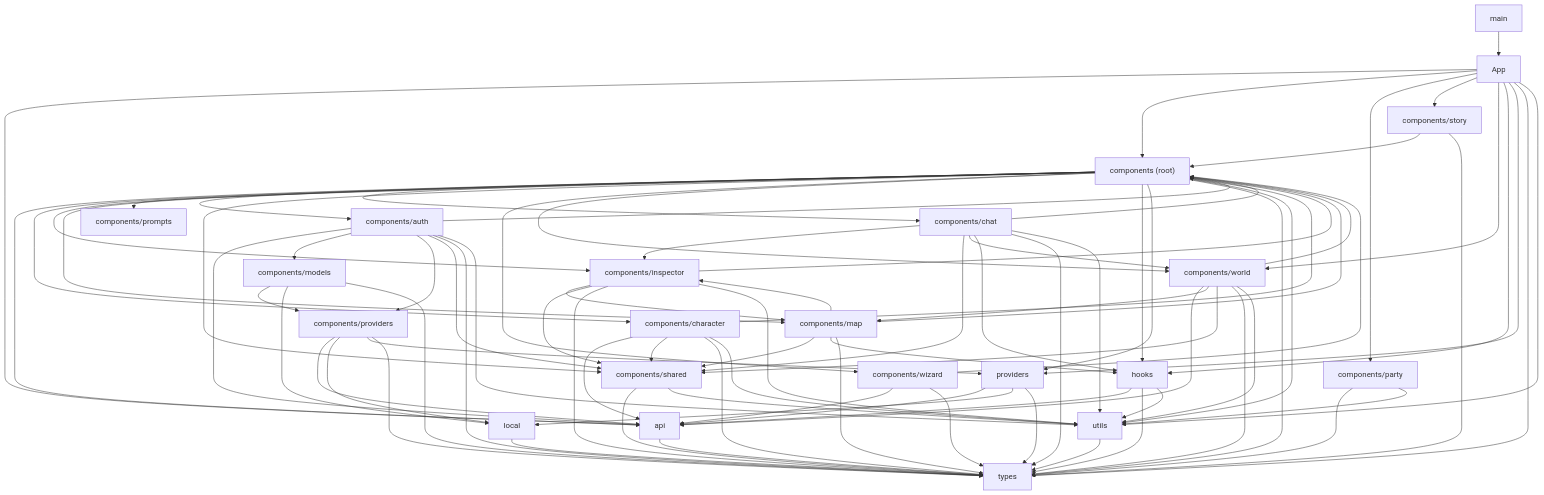
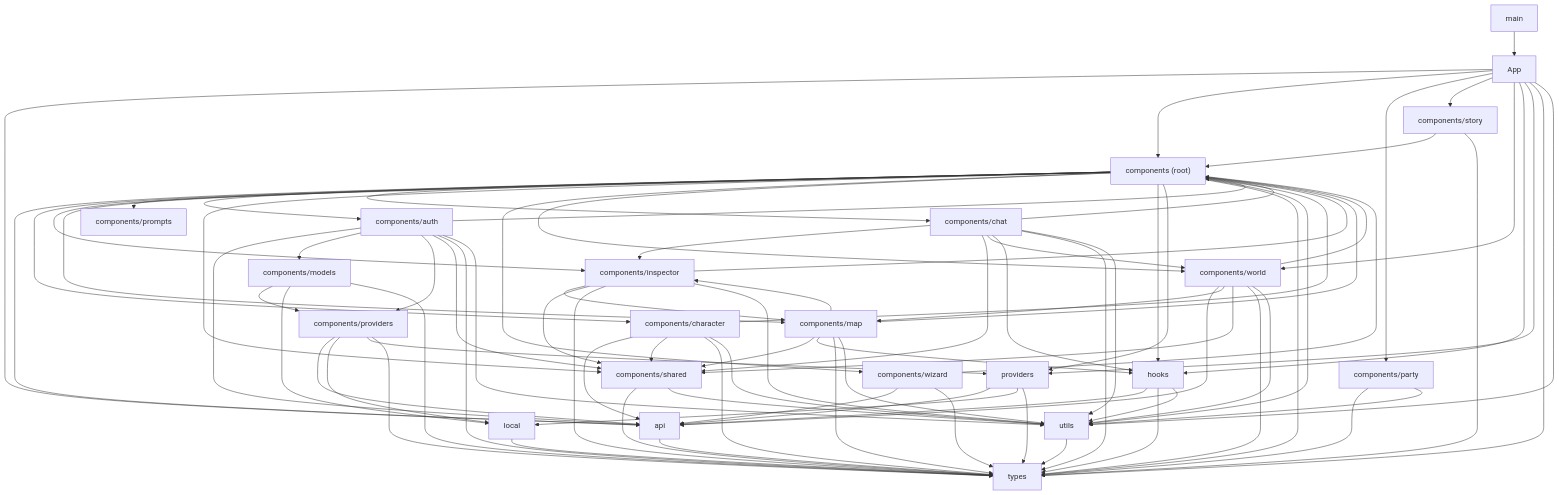
The diagram in docs/architecture/FRONTEND_GRAPH.md (diegolima/CyberCantina), drawn with Mermaid before and after one commit. The commit also changed other lines of this file and 62 other files, not shown here.

```diff
--- a/docs/architecture/FRONTEND_GRAPH.md
+++ b/docs/architecture/FRONTEND_GRAPH.md
@@ -88,6 +88,7 @@
     b_7 --> b_12
     b_7 --> b_16
     b_7 --> b_20
+    b_7 --> b_21
     b_8 --> b_11
     b_8 --> b_17
     b_8 --> b_20
```
